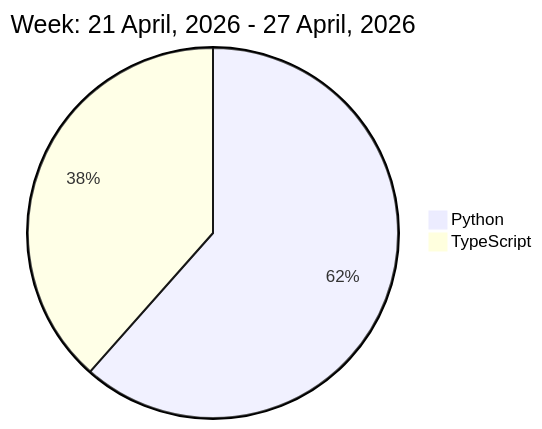
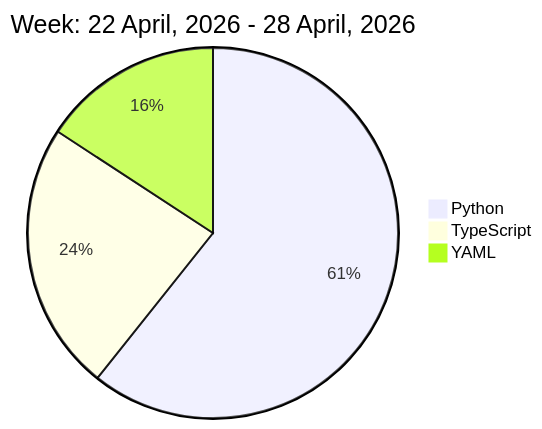
Before and after one commit to liubin95/liubin95: the diagram in README.md, drawn with Mermaid.

Commit message:
Updated the Graph with new Metrics

````diff
--- a/README.md
+++ b/README.md
@@ -32,6 +32,7 @@
 ```mermaid
  pie
-title Week: 21 April, 2026 - 27 April, 2026
- "Python" : 6.0
- "TypeScript" : 3.75
+title Week: 22 April, 2026 - 28 April, 2026
+ "Python" : 7.23
+ "TypeScript" : 2.8
+ "YAML" : 1.88
 ```
````
